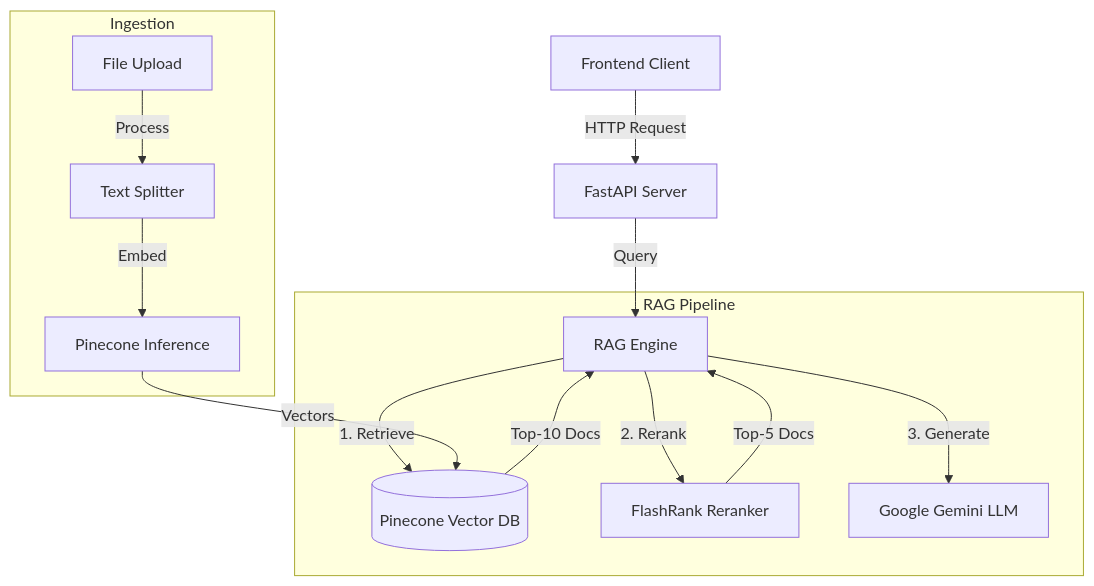
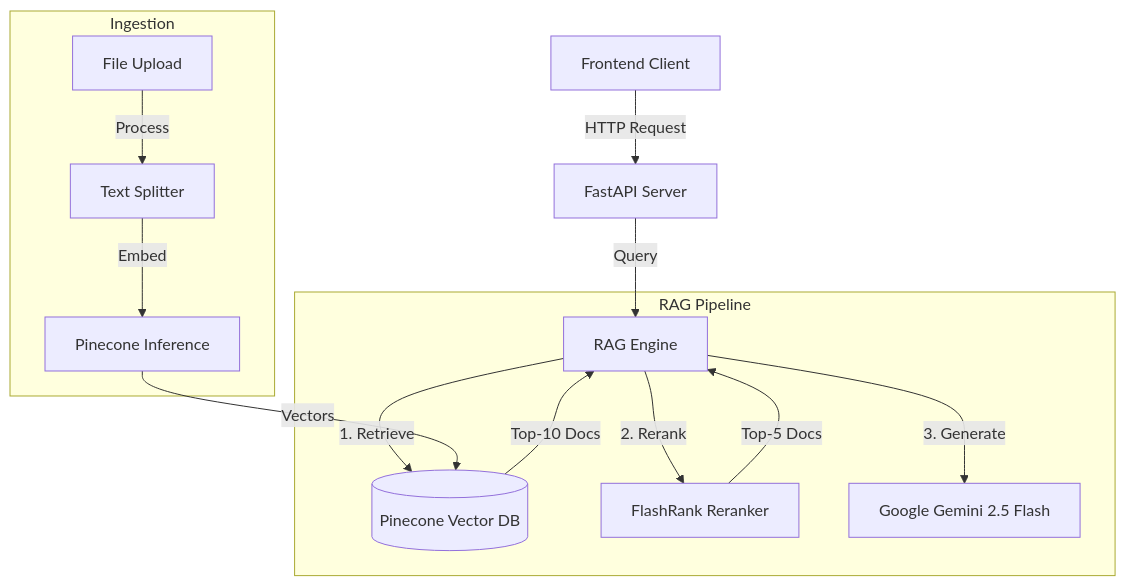
One commit to DJ-InfinityCoder/RAG changed the diagram in RagBackend/README.md. Above: the diagram before and after it, drawn with Mermaid. The commit also changed 2 other files, not shown here.

Commit message:
final commit

````diff
--- a/RagBackend/README.md
+++ b/RagBackend/README.md
@@ -9,19 +9,19 @@
 ```mermaid
 graph TD
     Client[Frontend Client] -->|HTTP Request| API[FastAPI Server]
     API -->|Query| RAG[RAG Engine]
     
     subgraph "RAG Pipeline"
         RAG -->|1. Retrieve| Pinecone[(Pinecone Vector DB)]
         Pinecone -->|Top-10 Docs| RAG
         RAG -->|2. Rerank| FlashRank[FlashRank Reranker]
         FlashRank -->|Top-5 Docs| RAG
-        RAG -->|3. Generate| Gemini[Google Gemini LLM]
+        RAG -->|3. Generate| Gemini[Google Gemini 2.5 Flash]
     end
     
     subgraph "Ingestion"
         Upload[File Upload] -->|Process| Splitter[Text Splitter]
         Splitter -->|Embed| EmbedModel[Pinecone Inference]
         EmbedModel -->|Vectors| Pinecone
     end
 ```
````
